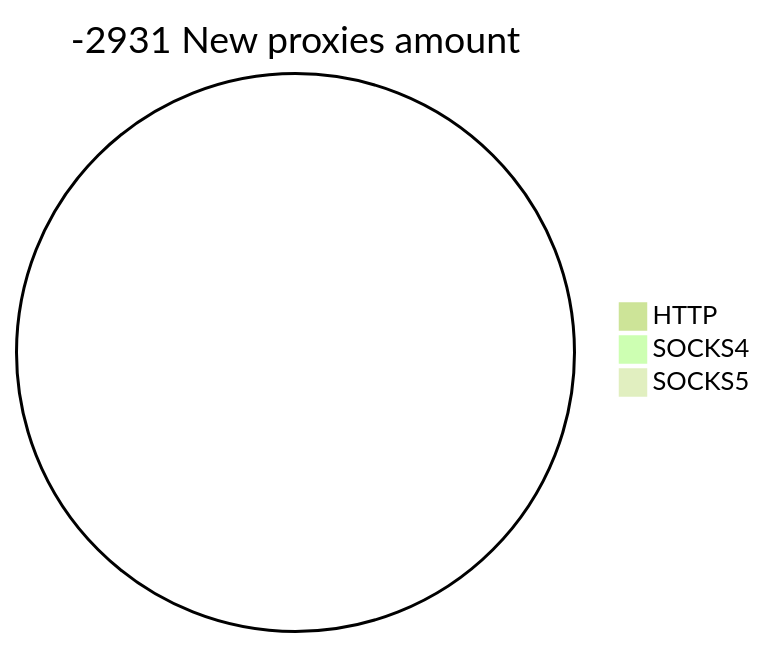
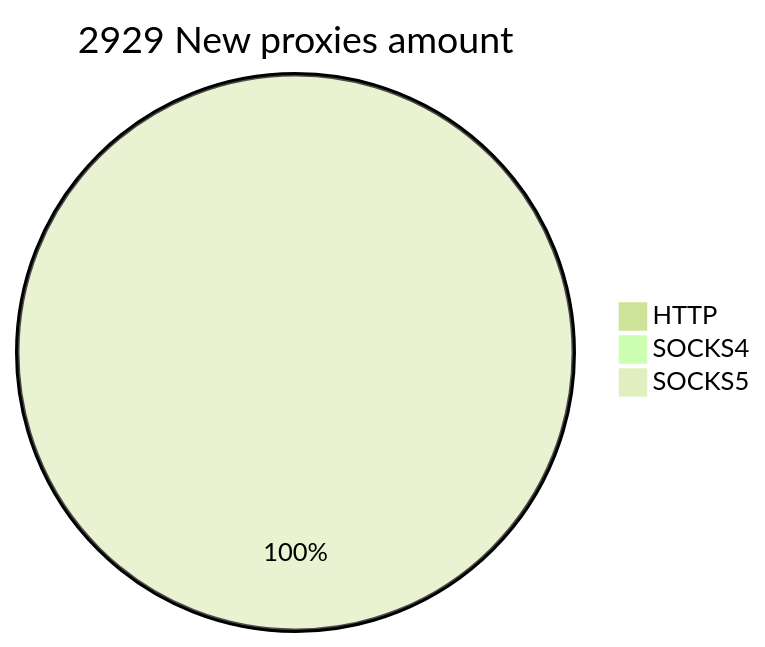
One commit to cutipu/proxylist changed the second of 2 diagrams in README.md. Above: the diagram before and after it, drawn with Mermaid (forest theme). The commit also changed other lines of this file, not shown here.

````diff
--- a/README.md
+++ b/README.md
@@ -10,6 +10,6 @@
 ```mermaid
-pie title -2931 New proxies amount
+pie title 2929 New proxies amount
     "HTTP" : 0
     "SOCKS4" : 0
-    "SOCKS5" : 0
+    "SOCKS5" : 2929
 ```
````
